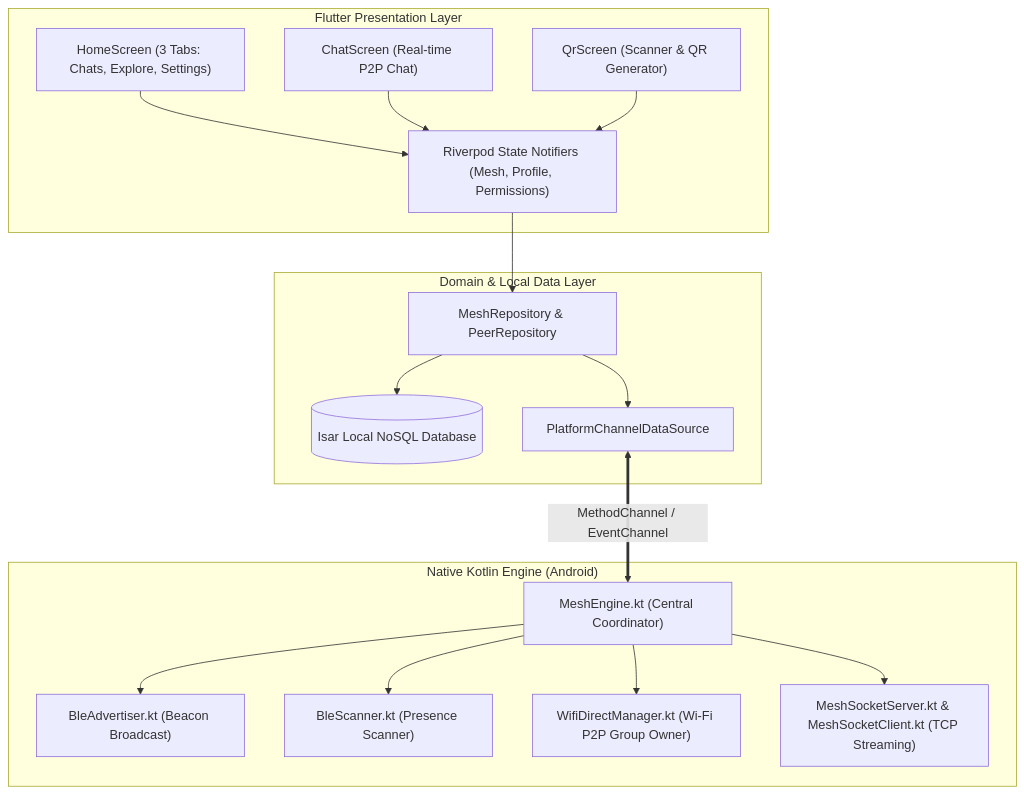
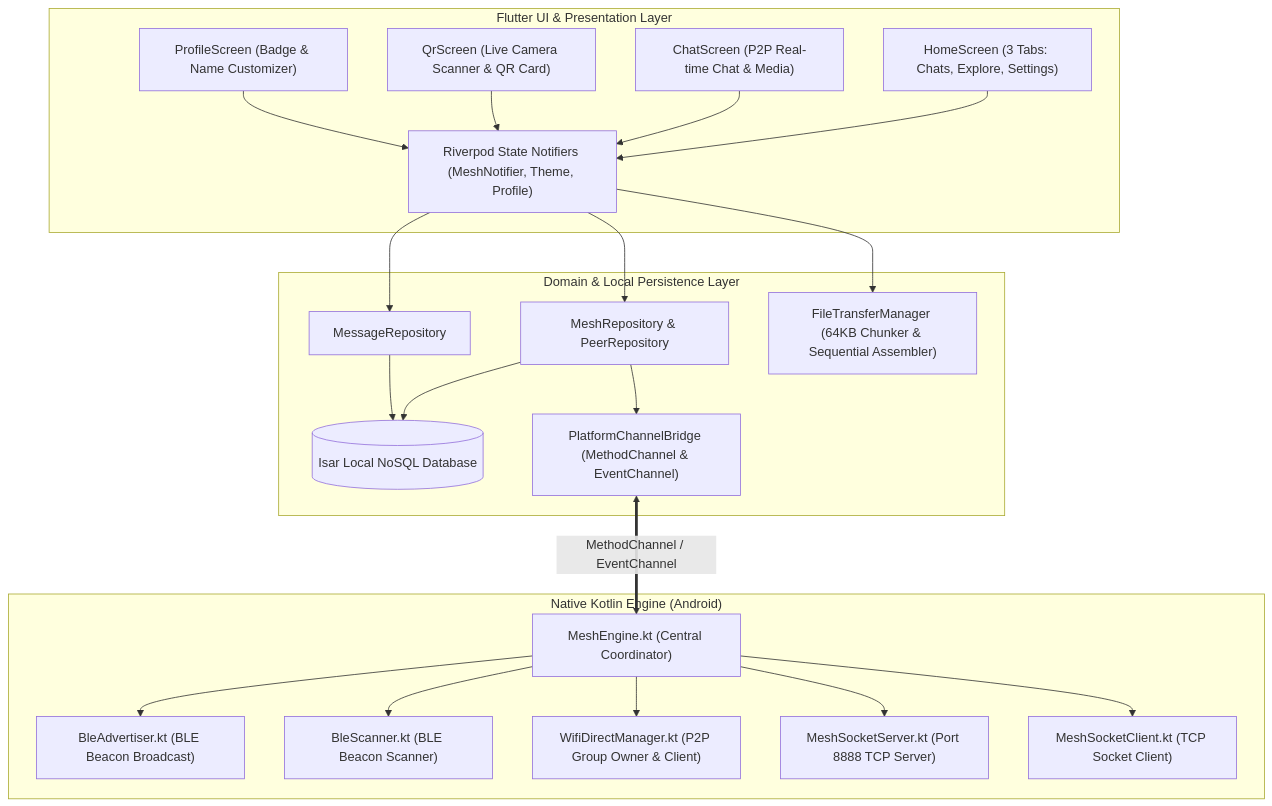
One commit to Op-Vision17/MeshLink changed the first of 3 diagrams in DOCUMENTATION.md. Above: the diagram before and after it, drawn with Mermaid. The commit also changed other lines of this file and 10 other files, not shown here.

````diff
--- a/DOCUMENTATION.md
+++ b/DOCUMENTATION.md
@@ -121,35 +126,44 @@
 ```mermaid
 graph TD
-    subgraph Flutter_UI ["Flutter Presentation Layer"]
+    subgraph Flutter_UI ["Flutter UI & Presentation Layer"]
         HomeScreen["HomeScreen (3 Tabs: Chats, Explore, Settings)"]
-        ChatScreen["ChatScreen (Real-time P2P Chat)"]
-        QrScreen["QrScreen (Scanner & QR Generator)"]
-        Riverpod["Riverpod State Notifiers (Mesh, Profile, Permissions)"]
+        ChatScreen["ChatScreen (P2P Real-time Chat & Media)"]
+        QrScreen["QrScreen (Live Camera Scanner & QR Card)"]
+        ProfileScreen["ProfileScreen (Badge & Name Customizer)"]
+        Riverpod["Riverpod State Notifiers (MeshNotifier, Theme, Profile)"]
     end
 
-    subgraph Core_Logic ["Domain & Local Data Layer"]
-        Repo["MeshRepository & PeerRepository"]
+    subgraph Core_Logic ["Domain & Local Persistence Layer"]
+        MeshRepo["MeshRepository & PeerRepository"]
+        MessageRepo["MessageRepository"]
+        FileTransfer["FileTransferManager (64KB Chunker & Sequential Assembler)"]
         IsarDB[("Isar Local NoSQL Database")]
-        ChannelBridge["PlatformChannelDataSource"]
+        ChannelBridge["PlatformChannelBridge (MethodChannel & EventChannel)"]
     end
 
     subgraph Native_Android ["Native Kotlin Engine (Android)"]
         MeshEngine["MeshEngine.kt (Central Coordinator)"]
-        BLE_Adv["BleAdvertiser.kt (Beacon Broadcast)"]
-        BLE_Scan["BleScanner.kt (Presence Scanner)"]
-        WiFi_P2P["WifiDirectManager.kt (Wi-Fi P2P Group Owner)"]
-        Sockets["MeshSocketServer.kt & MeshSocketClient.kt (TCP Streaming)"]
+        BleAdv["BleAdvertiser.kt (BLE Beacon Broadcast)"]
+        BleScan["BleScanner.kt (BLE Beacon Scanner)"]
+        WifiDirect["WifiDirectManager.kt (P2P Group Owner & Client)"]
+        SocketServer["MeshSocketServer.kt (Port 8888 TCP Server)"]
+        SocketClient["MeshSocketClient.kt (TCP Socket Client)"]
     end
 
     HomeScreen --> Riverpod
     ChatScreen --> Riverpod
     QrScreen --> Riverpod
-    Riverpod --> Repo
-    Repo --> IsarDB
-    Repo --> ChannelBridge
+    ProfileScreen --> Riverpod
+    Riverpod --> MeshRepo
+    Riverpod --> MessageRepo
+    Riverpod --> FileTransfer
+    MeshRepo --> IsarDB
+    MessageRepo --> IsarDB
+    MeshRepo --> ChannelBridge
     ChannelBridge <==>|"MethodChannel / EventChannel"| MeshEngine
-    MeshEngine --> BLE_Adv
-    MeshEngine --> BLE_Scan
-    MeshEngine --> WiFi_P2P
-    MeshEngine --> Sockets
+    MeshEngine --> BleAdv
+    MeshEngine --> BleScan
+    MeshEngine --> WifiDirect
+    MeshEngine --> SocketServer
+    MeshEngine --> SocketClient
 ```
````
